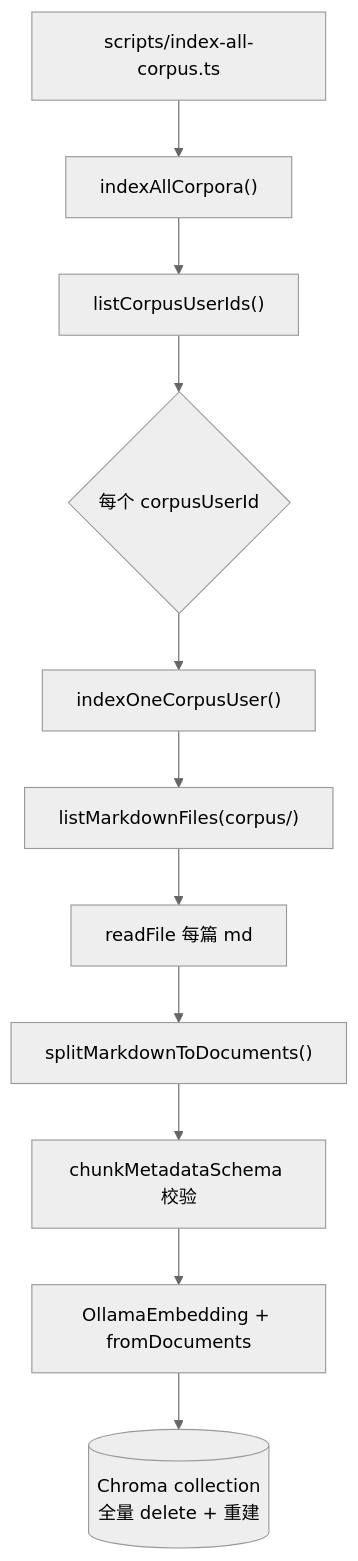
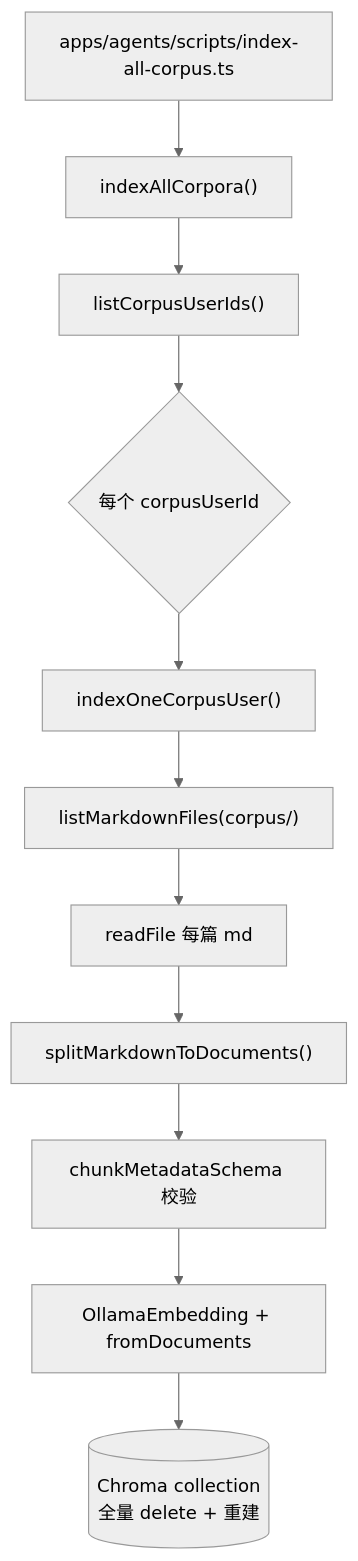
One commit to panzhanfei/fambrain-agents changed the third of 6 diagrams in docs/02-agent-flows.md. Above: the diagram before and after it, drawn with Mermaid (neutral theme). The commit also changed other lines of this file and 189 other files, not shown here.

````diff
--- a/docs/02-agent-flows.md
+++ b/docs/02-agent-flows.md
@@ -72,13 +72,13 @@
 ```mermaid
 flowchart TD
-  CLI["scripts/index-all-corpus.ts"] --> ALL["indexAllCorpora()"]
+  CLI["apps/agents/scripts/index-all-corpus.ts"] --> ALL["indexAllCorpora()"]
   ALL --> LISTU["listCorpusUserIds()"]
   LISTU --> LOOP{每个 corpusUserId}
   LOOP --> ONE["indexOneCorpusUser()"]
   ONE --> SCAN["listMarkdownFiles(corpus/)"]
   SCAN --> READ["readFile 每篇 md"]
   READ --> SPLIT["splitMarkdownToDocuments()"]
   SPLIT --> META["chunkMetadataSchema 校验"]
   META --> EMBED["OllamaEmbedding + fromDocuments"]
   EMBED --> CHROMA[("Chroma collection<br/>全量 delete + 重建")]
 ```
````
